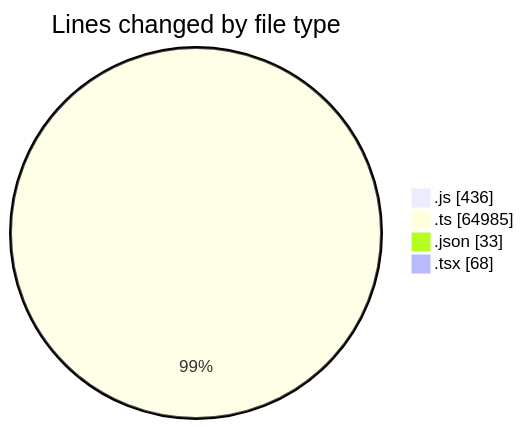
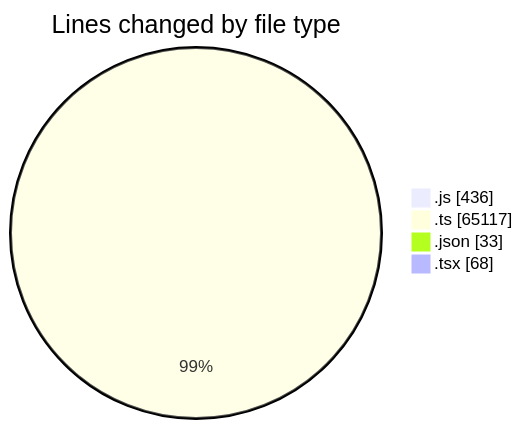
Before and after one commit to momahboobian/code-tracking: the first of 2 diagrams in 2026-07-27/cda/README.md, drawn with Mermaid. The commit also changed other lines of this file and 1 other file, not shown here.

````diff
--- a/2026-07-27/cda/README.md
+++ b/2026-07-27/cda/README.md
@@ -33,8 +34,8 @@
 ```mermaid
 pie showData
 title Lines changed by file type
 ".js" : 436
-".ts" : 64985
+".ts" : 65117
 ".json" : 33
 ".tsx" : 68
 ```
````
